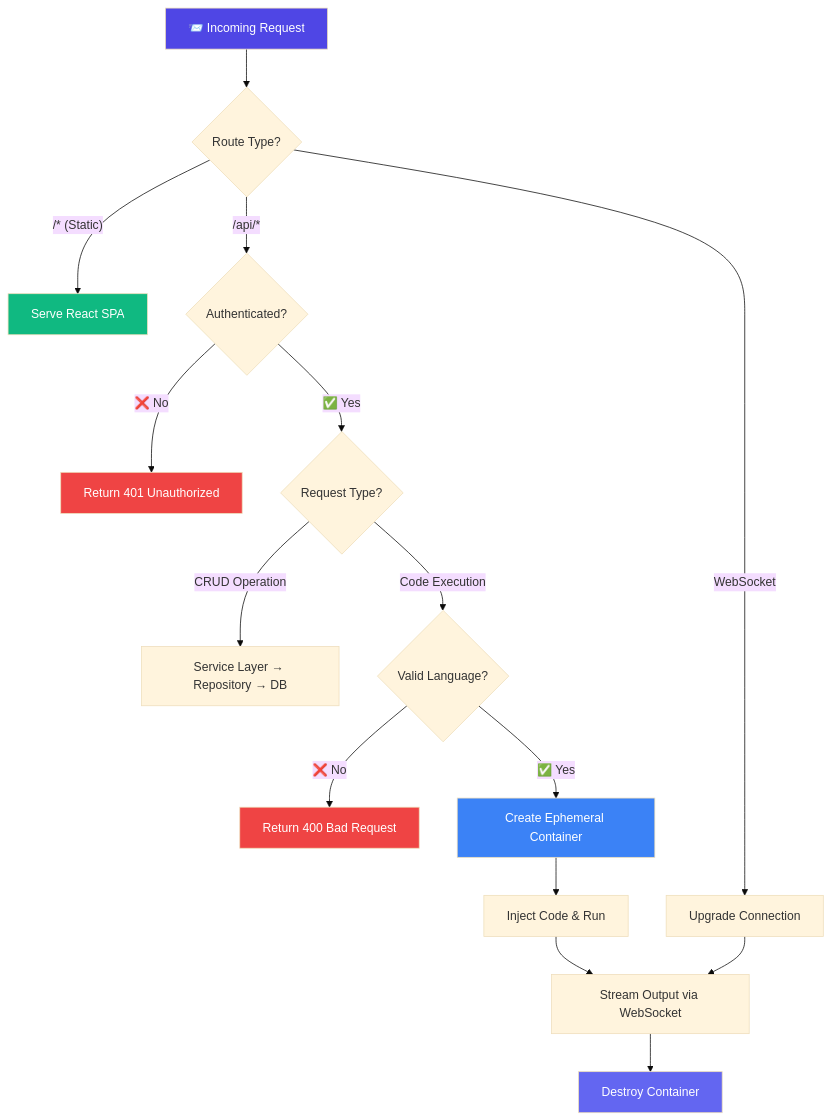
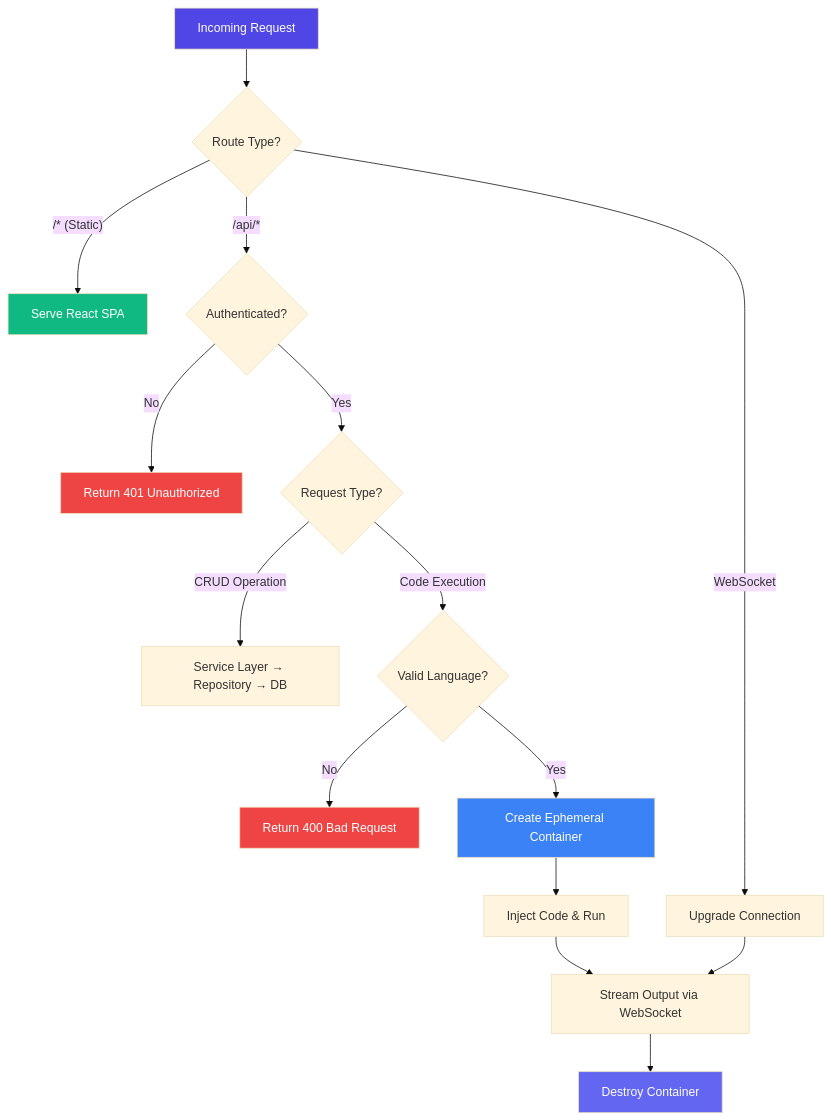
Before and after one commit to SudarshanSingh1/myEditor: the second of 3 diagrams in README.md, drawn with Mermaid (base theme). The commit also changed other lines of this file and 11 other files, not shown here.

````diff
--- a/README.md
+++ b/README.md
@@ -134,30 +134,30 @@
 ```mermaid
 flowchart TD
-    A["📨 Incoming Request"] --> B{"Route Type?"}
+    A["Incoming Request"] --> B{"Route Type?"}
 
     B -->|"/* (Static)"| C["Serve React SPA"]
     B -->|"/api/*"| D{"Authenticated?"}
     B -->|"WebSocket"| E["Upgrade Connection"]
 
-    D -->|"❌ No"| F["Return 401 Unauthorized"]
-    D -->|"✅ Yes"| G{"Request Type?"}
+    D -->|"No"| F["Return 401 Unauthorized"]
+    D -->|"Yes"| G{"Request Type?"}
 
     G -->|"CRUD Operation"| H["Service Layer → Repository → DB"]
     G -->|"Code Execution"| I{"Valid Language?"}
 
-    I -->|"❌ No"| J["Return 400 Bad Request"]
-    I -->|"✅ Yes"| K["Create Ephemeral Container"]
+    I -->|"No"| J["Return 400 Bad Request"]
+    I -->|"Yes"| K["Create Ephemeral Container"]
 
     K --> L["Inject Code & Run"]
     L --> M["Stream Output via WebSocket"]
     M --> N["Destroy Container"]
 
     E --> M
 
     style A fill:#4F46E5,color:#fff
     style C fill:#10B981,color:#fff
     style F fill:#EF4444,color:#fff
     style J fill:#EF4444,color:#fff
     style K fill:#3B82F6,color:#fff
     style N fill:#6366F1,color:#fff
 ```
````
